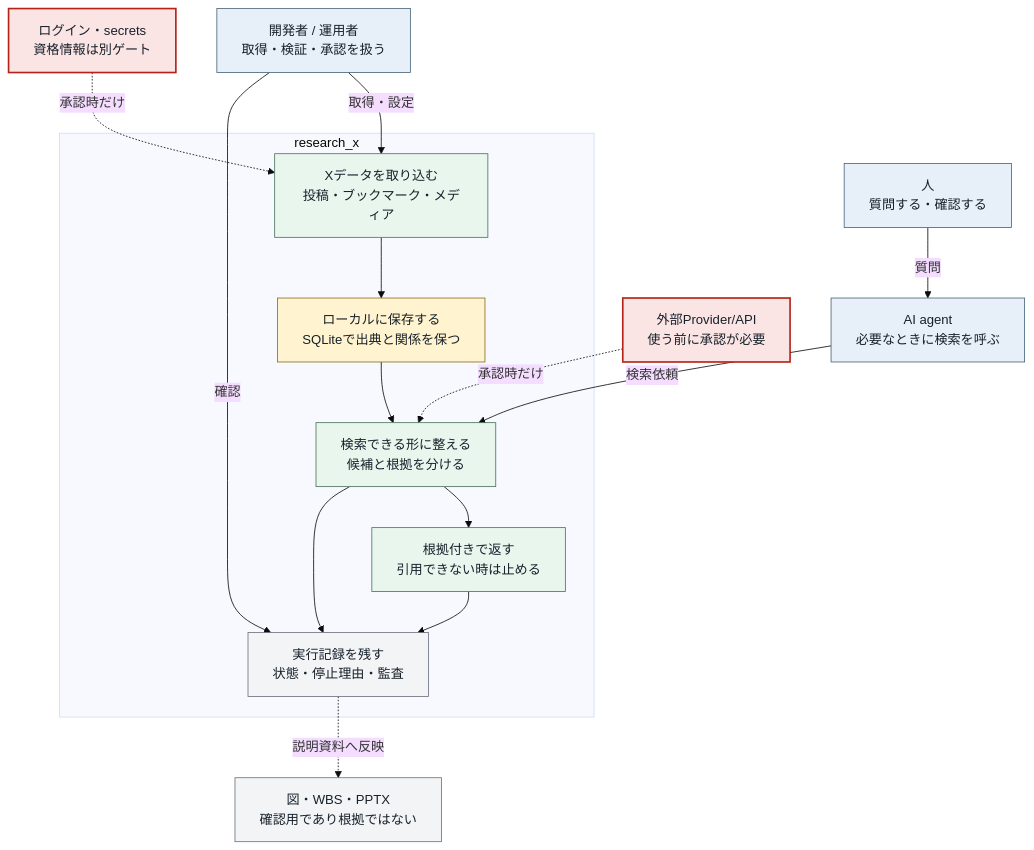
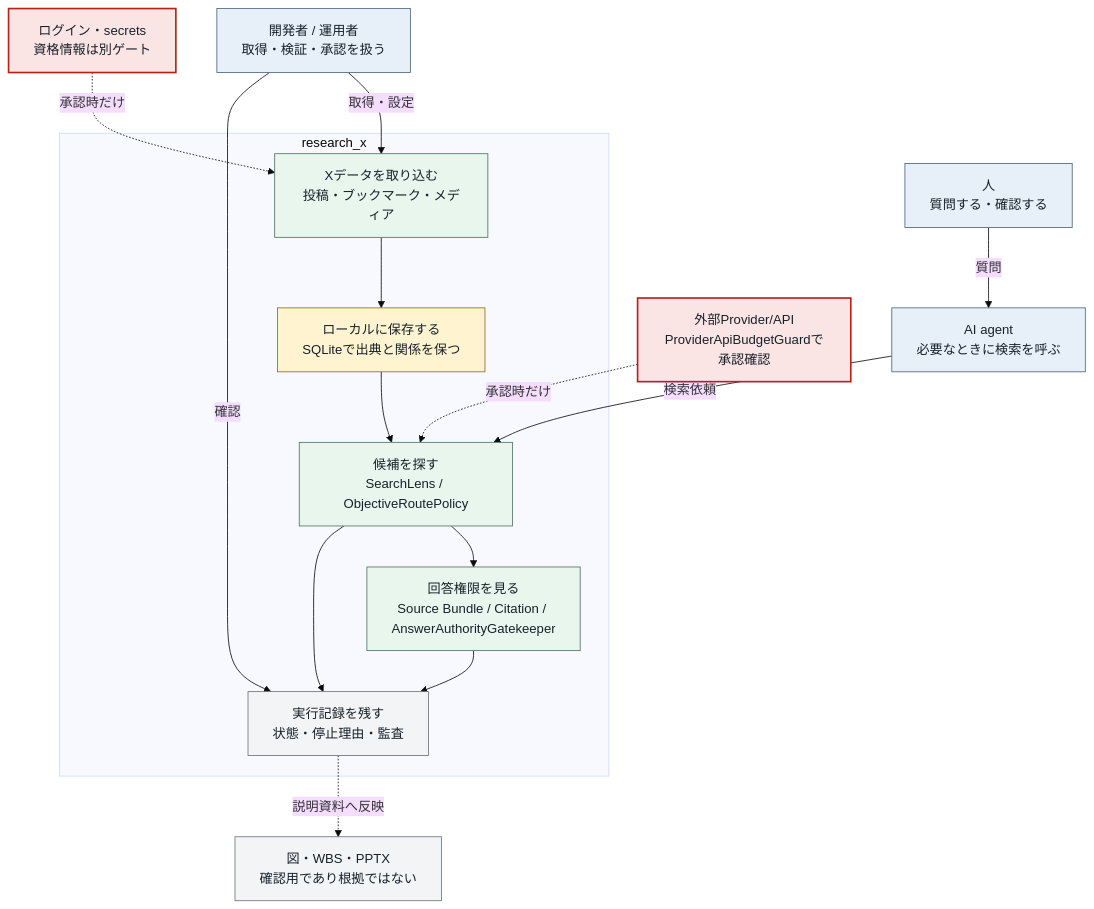
Before and after one commit to masanori64/research_x: the diagram in docs/presentation/mermaid/01-overall-architecture.mmd, drawn with Mermaid (base theme). The commit also changed 48 other files, not shown here.

Commit message:
Refresh final memory flow docs

```diff
--- a/docs/presentation/mermaid/01-overall-architecture.mmd
+++ b/docs/presentation/mermaid/01-overall-architecture.mmd
@@ -1,35 +1,35 @@
 flowchart TB
   %% 全体アーキテクチャ図: 初見の人が「誰が何を頼み、research_x がどこまで担当するか」を見る
 
   classDef person fill:#e7f0f8,stroke:#49657a,color:#17212b
   classDef system fill:#e9f6ee,stroke:#49745a,color:#17212b
   classDef data fill:#fff4cf,stroke:#8a6d1d,color:#17212b
   classDef gate fill:#fbe4e4,stroke:#b42318,color:#17212b,stroke-width:2px
   classDef artifact fill:#f3f4f6,stroke:#6b7280,color:#17212b
 
   user["人<br/>質問する・確認する"]:::person
   ai["AI agent<br/>必要なときに検索を呼ぶ"]:::person
   operator["開発者 / 運用者<br/>取得・検証・承認を扱う"]:::person
 
   subgraph rx["research_x"]
     intake["Xデータを取り込む<br/>投稿・ブックマーク・メディア"]:::system
     store["ローカルに保存する<br/>SQLiteで出典と関係を保つ"]:::data
-    memory["検索できる形に整える<br/>候補と根拠を分ける"]:::system
-    answer["根拠付きで返す<br/>引用できない時は止める"]:::system
+    memory["候補を探す<br/>SearchLens / ObjectiveRoutePolicy"]:::system
+    answer["回答権限を見る<br/>Source Bundle / Citation / AnswerAuthorityGatekeeper"]:::system
     trace["実行記録を残す<br/>状態・停止理由・監査"]:::artifact
   end
 
-  outside["外部Provider/API<br/>使う前に承認が必要"]:::gate
+  outside["外部Provider/API<br/>ProviderApiBudgetGuardで承認確認"]:::gate
   secrets["ログイン・secrets<br/>資格情報は別ゲート"]:::gate
   review["図・WBS・PPTX<br/>確認用であり根拠ではない"]:::artifact
 
   user -->|"質問"| ai
   ai -->|"検索依頼"| memory
   operator -->|"取得・設定"| intake
   intake --> store --> memory --> answer
   memory --> trace
   answer --> trace
   operator -->|"確認"| trace
   outside -. "承認時だけ" .-> memory
   secrets -. "承認時だけ" .-> intake
   trace -. "説明資料へ反映" .-> review
```
